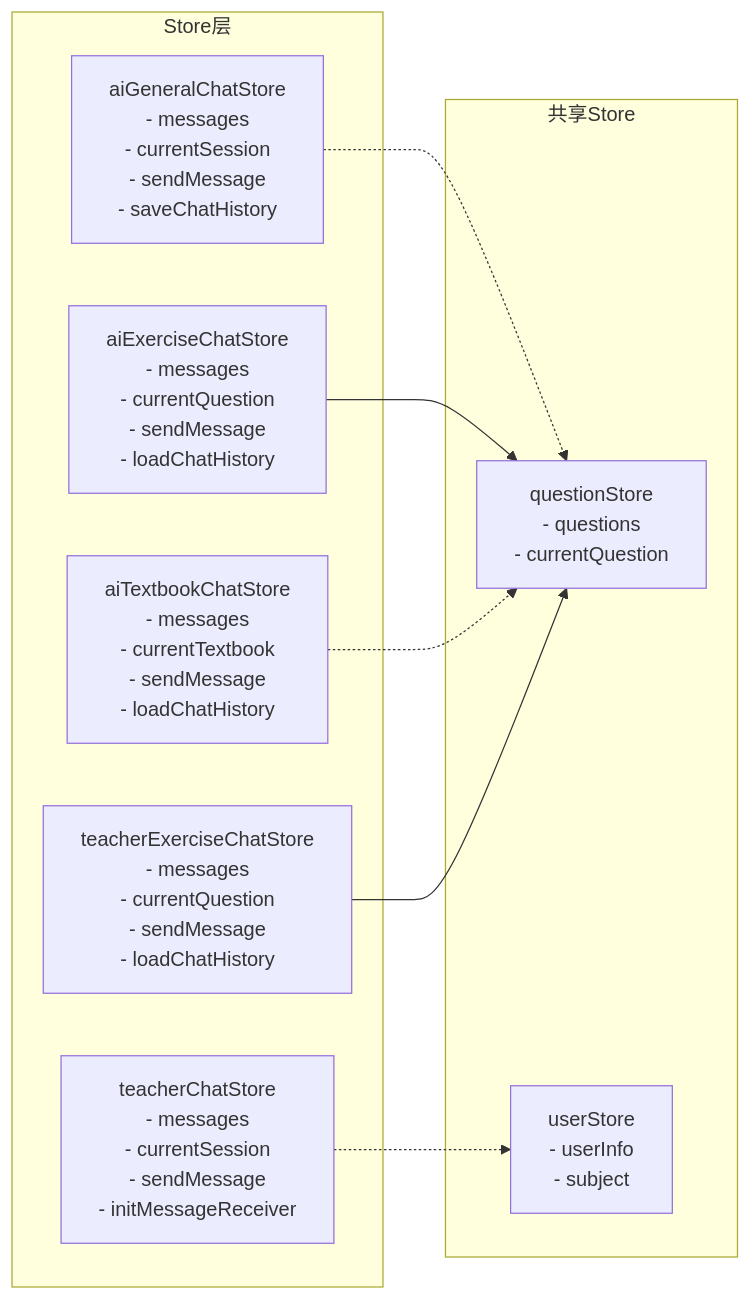
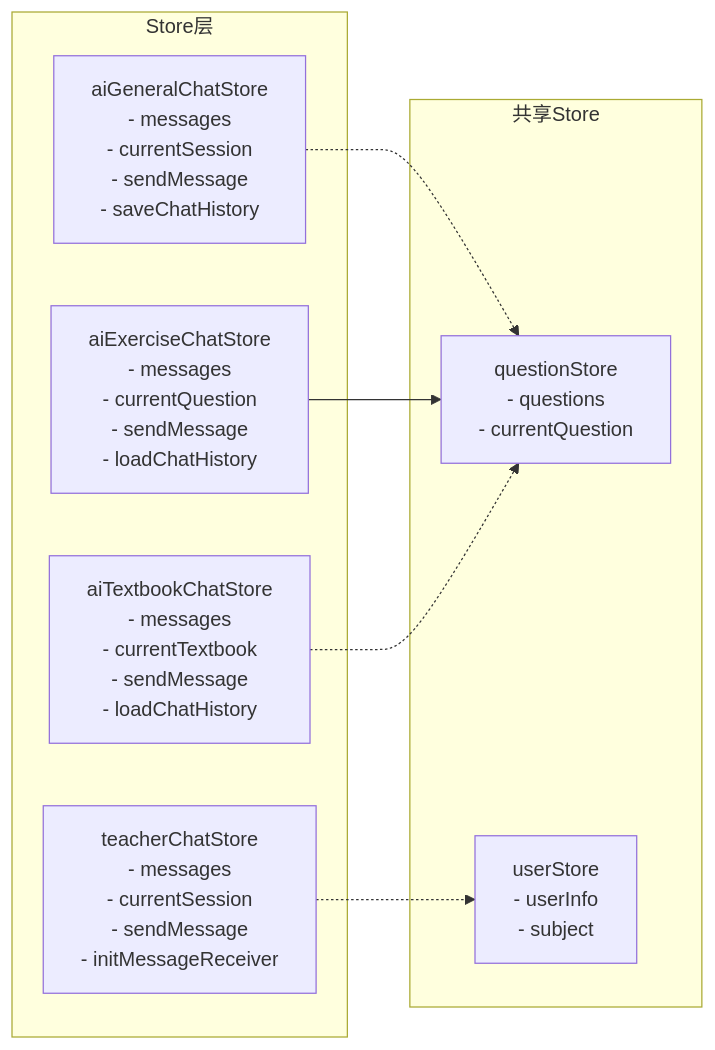
Before and after one commit to qiulinfang/openClass: the fifth of 9 diagrams in imates-web/docs-prd/聊天功能架构图.md, drawn with Mermaid. The commit also changed other lines of this file and 163 other files, not shown here.

````diff
--- a/imates-web/docs-prd/聊天功能架构图.md
+++ b/imates-web/docs-prd/聊天功能架构图.md
@@ -211,21 +208,19 @@
 ```mermaid
 graph LR
     subgraph "Store层"
         AiGeneralStore[aiGeneralChatStore<br/>- messages<br/>- currentSession<br/>- sendMessage<br/>- saveChatHistory]
         AiExerciseStore[aiExerciseChatStore<br/>- messages<br/>- currentQuestion<br/>- sendMessage<br/>- loadChatHistory]
         AiTextbookStore[aiTextbookChatStore<br/>- messages<br/>- currentTextbook<br/>- sendMessage<br/>- loadChatHistory]
         TeacherStore[teacherChatStore<br/>- messages<br/>- currentSession<br/>- sendMessage<br/>- initMessageReceiver]
-        TeacherExerciseStore[teacherExerciseChatStore<br/>- messages<br/>- currentQuestion<br/>- sendMessage<br/>- loadChatHistory]
     end
 
     subgraph "共享Store"
         QuestionStore[questionStore<br/>- questions<br/>- currentQuestion]
         UserStore[userStore<br/>- userInfo<br/>- subject]
     end
 
     AiGeneralStore -.-> QuestionStore
     AiExerciseStore --> QuestionStore
     AiTextbookStore -.-> QuestionStore
     TeacherStore -.-> UserStore
-    TeacherExerciseStore --> QuestionStore
 ```
````
